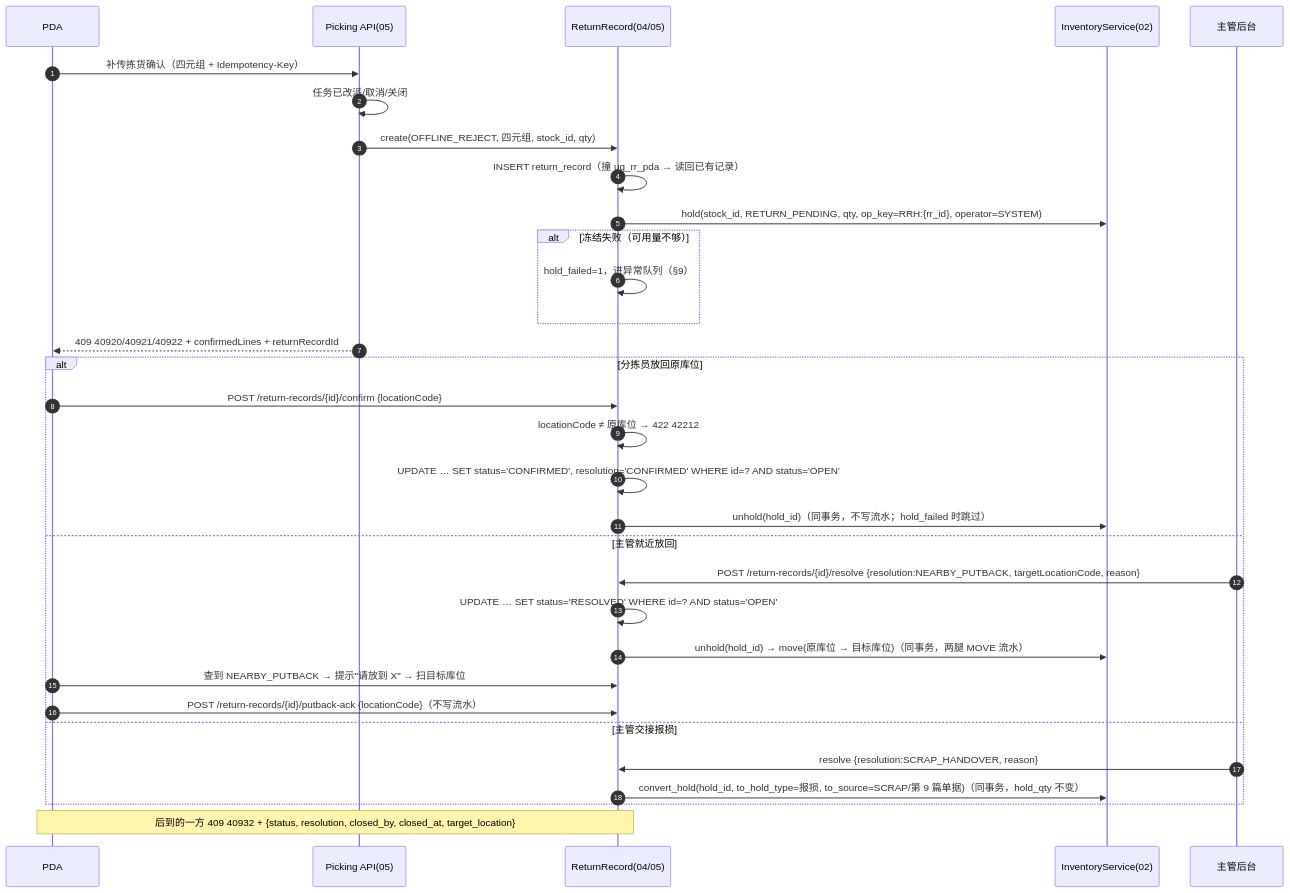
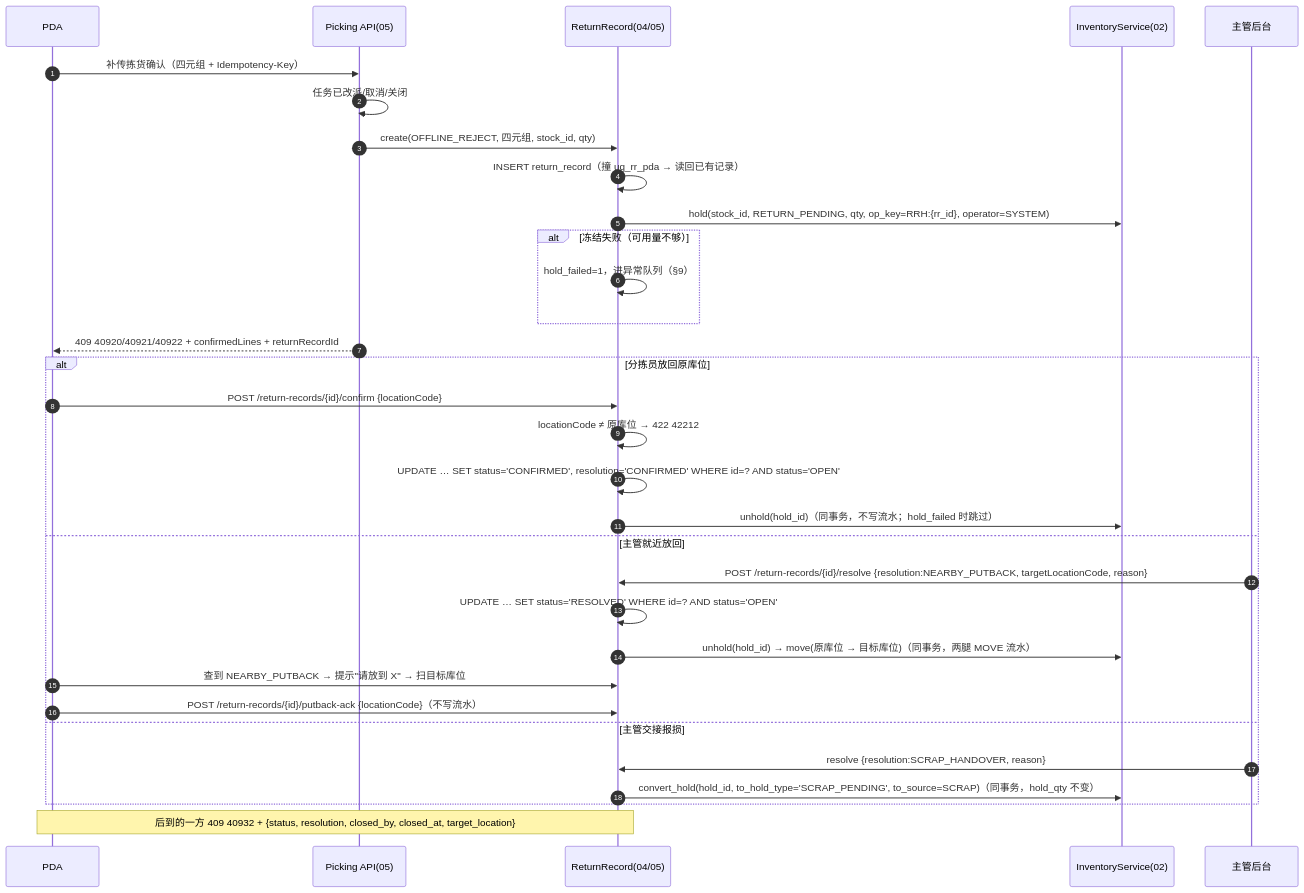
One commit to Akarin7784/fresh-wms changed the fourth of 4 diagrams in docs/04-出库与分配.md. Above: the diagram before and after it, drawn with Mermaid. The commit also changed other lines of this file, not shown here.

Commit message:
docs(04): scrap handover -> SCRAP_PENDING

````diff
--- a/docs/04-出库与分配.md
+++ b/docs/04-出库与分配.md
@@ -304,34 +304,34 @@
 ```mermaid
 sequenceDiagram
   autonumber
   participant PDA
   participant PK as Picking API(05)
   participant RR as ReturnRecord(04/05)
   participant INV as InventoryService(02)
   participant SUP as 主管后台
   PDA->>PK: 补传拣货确认（四元组 + Idempotency-Key）
   PK->>PK: 任务已改派/取消/关闭
   PK->>RR: create(OFFLINE_REJECT, 四元组, stock_id, qty)
   RR->>RR: INSERT return_record（撞 uq_rr_pda → 读回已有记录）
   RR->>INV: hold(stock_id, RETURN_PENDING, qty, op_key=RRH:{rr_id}, operator=SYSTEM)
   alt 冻结失败（可用量不够）
     RR->>RR: hold_failed=1，进异常队列（§9）
   end
   PK-->>PDA: 409 40920/40921/40922 + confirmedLines + returnRecordId
   alt 分拣员放回原库位
     PDA->>RR: POST /return-records/{id}/confirm {locationCode}
     RR->>RR: locationCode ≠ 原库位 → 422 42212
     RR->>RR: UPDATE … SET status='CONFIRMED', resolution='CONFIRMED' WHERE id=? AND status='OPEN'
     RR->>INV: unhold(hold_id)（同事务，不写流水；hold_failed 时跳过）
   else 主管就近放回
     SUP->>RR: POST /return-records/{id}/resolve {resolution:NEARBY_PUTBACK, targetLocationCode, reason}
     RR->>RR: UPDATE … SET status='RESOLVED' WHERE id=? AND status='OPEN'
     RR->>INV: unhold(hold_id) → move(原库位 → 目标库位)（同事务，两腿 MOVE 流水）
     PDA->>RR: 查到 NEARBY_PUTBACK → 提示"请放到 X" → 扫目标库位
     PDA->>RR: POST /return-records/{id}/putback-ack {locationCode}（不写流水）
   else 主管交接报损
     SUP->>RR: resolve {resolution:SCRAP_HANDOVER, reason}
-    RR->>INV: convert_hold(hold_id, to_hold_type=报损, to_source=SCRAP/第 9 篇单据)（同事务，hold_qty 不变）
+    RR->>INV: convert_hold(hold_id, to_hold_type='SCRAP_PENDING', to_source=SCRAP)（同事务，hold_qty 不变）
   end
   Note over PDA,RR: 后到的一方 409 40932 + {status, resolution, closed_by, closed_at, target_location}
 ```
````
